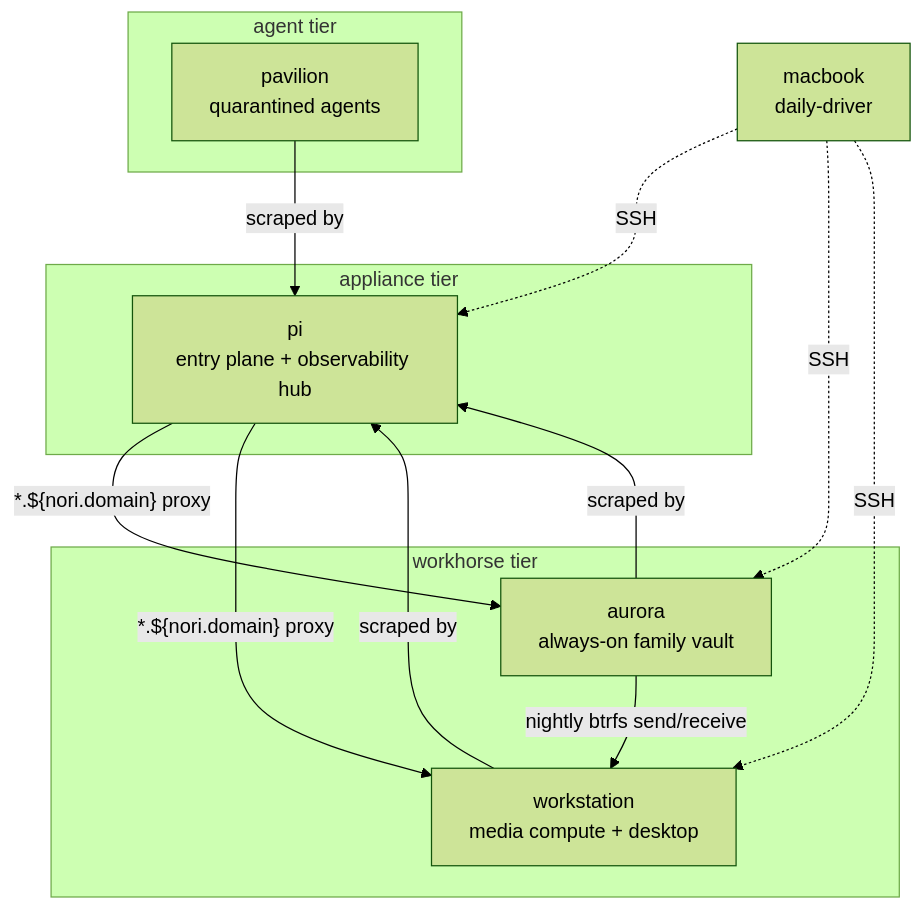
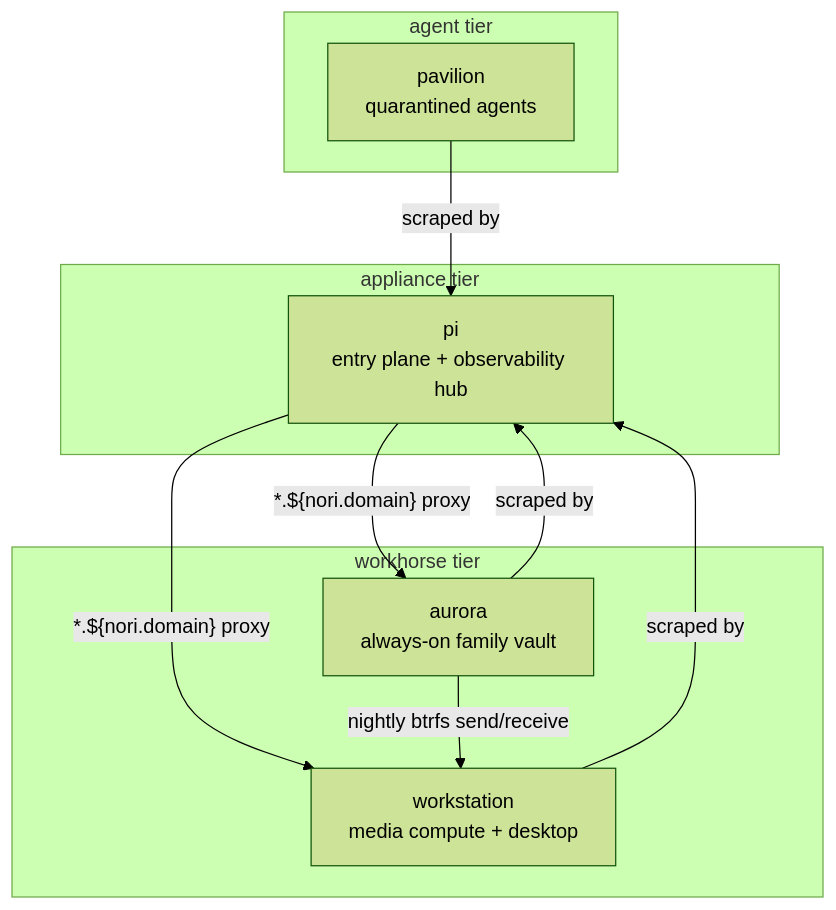
The diagram in docs/generated/topology.md (phibkro/homelab), drawn with Mermaid (forest theme) before and after one commit. The commit also changed 8 other files, not shown here.

````diff
--- a/docs/generated/topology.md
+++ b/docs/generated/topology.md
@@ -25,23 +25,19 @@
 ```mermaid
 graph TB
   subgraph "appliance tier"
     P[pi<br/>entry plane + observability hub]
   end
   subgraph "workhorse tier"
     A[aurora<br/>always-on family vault]
     W[workstation<br/>media compute + desktop]
   end
   subgraph "agent tier"
     V[pavilion<br/>quarantined agents]
   end
-  M[macbook<br/>daily-driver]
   P -- "*.${nori.domain} proxy" --> A
   P -- "*.${nori.domain} proxy" --> W
   A -- "nightly btrfs send/receive" --> W
   A -- "scraped by" --> P
   W -- "scraped by" --> P
   V -- "scraped by" --> P
-  M -. "SSH" .-> P
-  M -. "SSH" .-> A
-  M -. "SSH" .-> W
 ```
````
